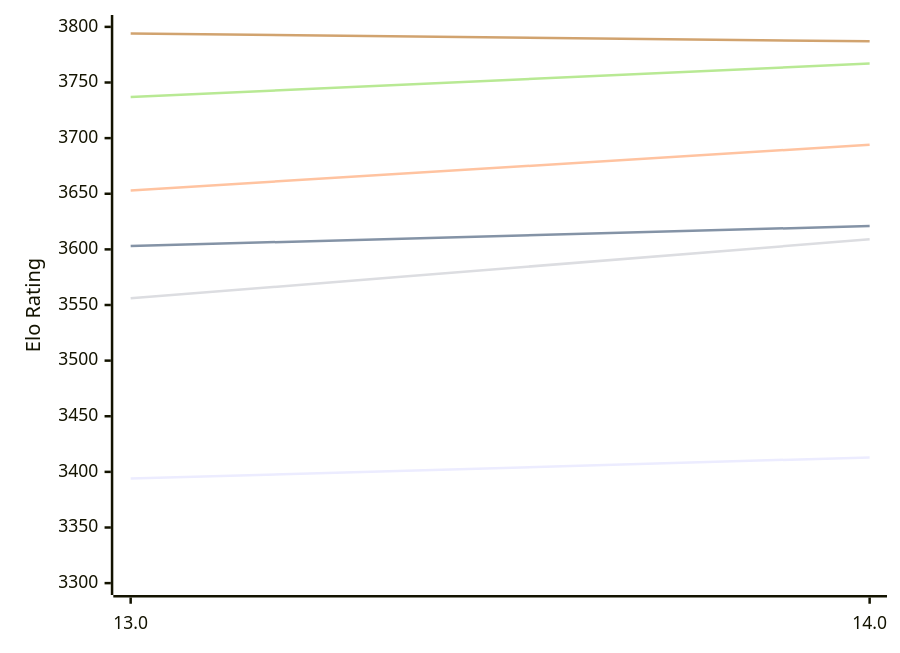
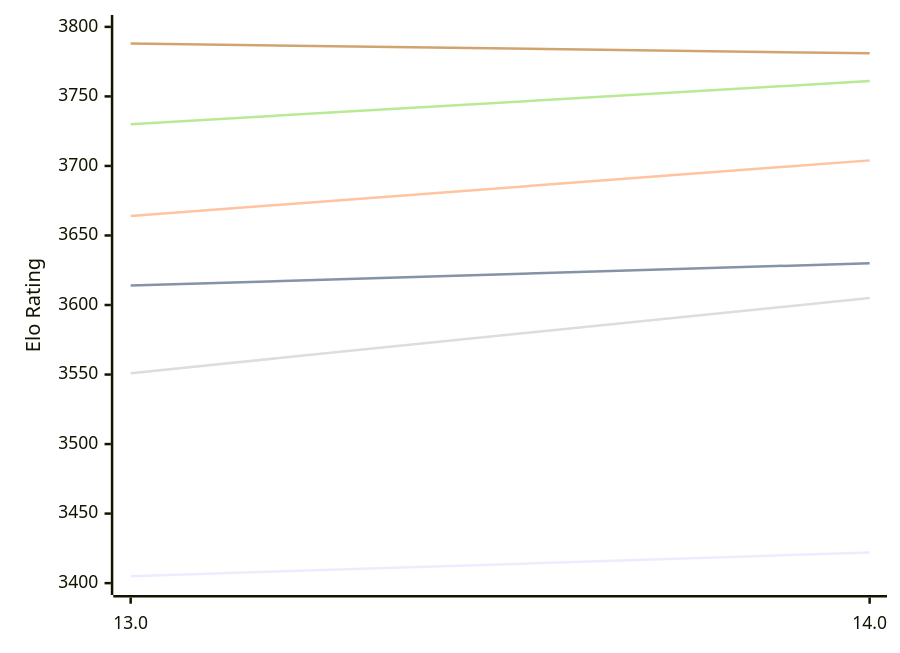
The first of 2 diagrams in engines/Tcheran.md (computer-chess-index/cci), drawn with Mermaid before and after one commit. The commit also changed other lines of this file, not shown here.

Commit message:
Update CCI Ratings (ELO VLTC) - 2026-11-06

````diff
--- a/engines/Tcheran.md
+++ b/engines/Tcheran.md
@@ -55,12 +55,12 @@
 ```mermaid
 %%{init: {"theme":"base","themeVariables":{"seriesColors:['#a3a3a3','#222221','#faa371']}}}%%
 xychart-beta
   x-axis ["13.0", "14.0"]
-  y-axis "Elo Rating" 3300 --> 3800
-  line "E1: STC (8.0+0.08s)" [3394, 3413]
-  line "E1: LTC (60.0+0.60s)" [3603, 3621]
-  line "E1: VLTC (2m24s+1.12s)" [3653, 3694]
-  line "P1: STC (8.0+0.08s)" [3556, 3609]
-  line "P1: LTC (60.0+0.60s)" [3737, 3767]
-  line "P1: VLTC (2m24s+1.12s)" [3794, 3787]
+  y-axis "Elo Rating" 3400 --> 3800
+  line "E1: STC (8.0+0.08s)" [3405, 3422]
+  line "E1: LTC (60.0+0.60s)" [3614, 3630]
+  line "E1: VLTC (2m24s+1.12s)" [3664, 3704]
+  line "P1: STC (8.0+0.08s)" [3551, 3605]
+  line "P1: LTC (60.0+0.60s)" [3730, 3761]
+  line "P1: VLTC (2m24s+1.12s)" [3788, 3781]
 ```
````
